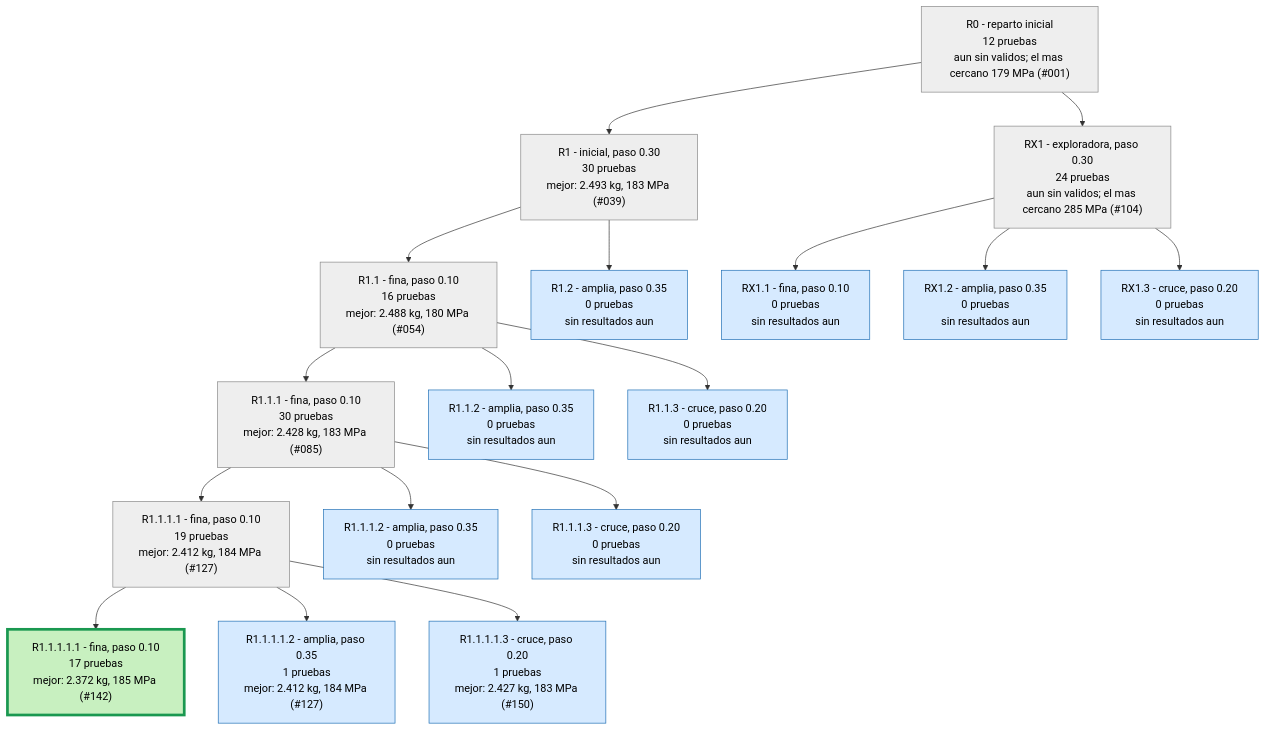
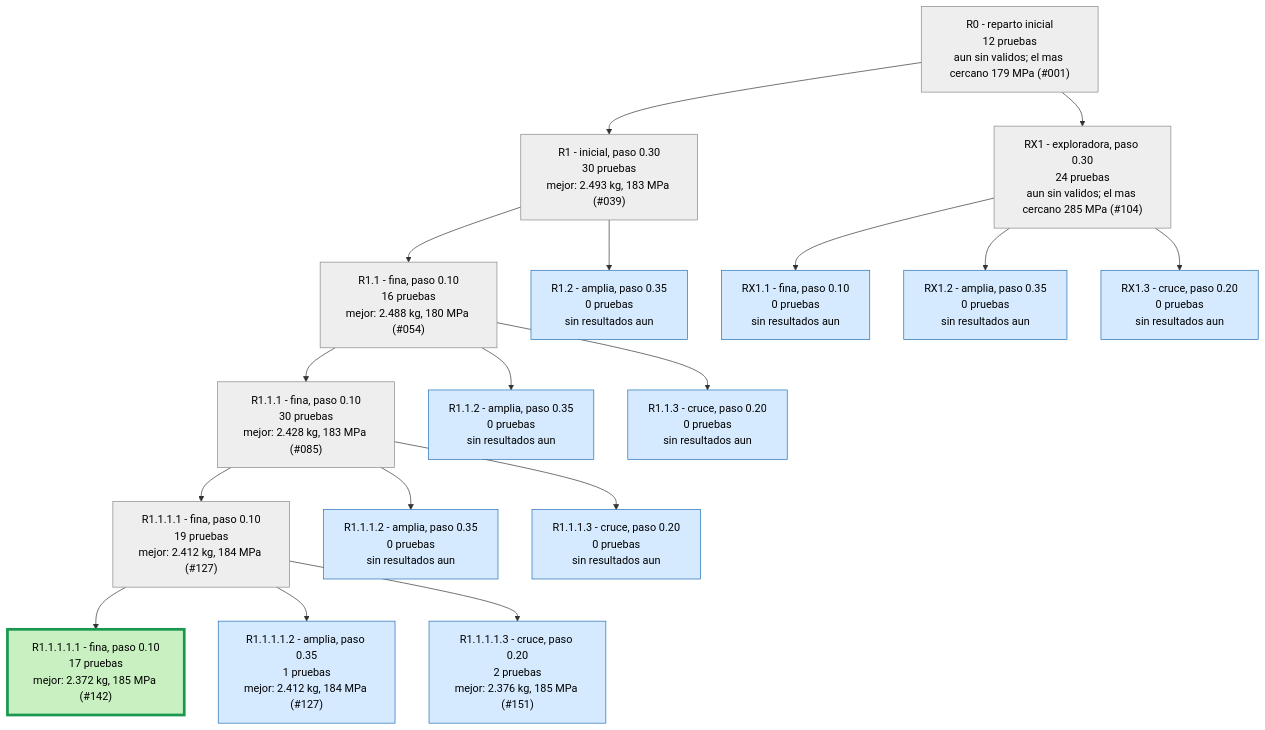
Before and after one commit to Hugiko/msd-soporte-optimizacion: the first of 3 diagrams in runs/opt_37800N/ARBOL.md, drawn with Mermaid. The commit also changed 22 other files, not shown here.

````diff
--- a/runs/opt_37800N/ARBOL.md
+++ b/runs/opt_37800N/ARBOL.md
@@ -9,39 +9,39 @@
 ```mermaid
 graph TD
 classDef activa fill:#d6eaff,stroke:#1f6fb5,color:#000
 classDef fin fill:#eeeeee,stroke:#888,color:#000
 classDef mejor fill:#c8f0c0,stroke:#1a9850,stroke-width:4px,color:#000
 R0["R0 - reparto inicial<br/>12 pruebas<br/>aun sin validos; el mas cercano 179 MPa (#001)"]:::fin
 R1["R1 - inicial, paso 0.30<br/>30 pruebas<br/>mejor: 2.493 kg, 183 MPa (#039)"]:::fin
 R0 --> R1
 R1_1["R1.1 - fina, paso 0.10<br/>16 pruebas<br/>mejor: 2.488 kg, 180 MPa (#054)"]:::fin
 R1 --> R1_1
 R1_2["R1.2 - amplia, paso 0.35<br/>0 pruebas<br/>sin resultados aun"]:::activa
 R1 --> R1_2
 R1_1_1["R1.1.1 - fina, paso 0.10<br/>30 pruebas<br/>mejor: 2.428 kg, 183 MPa (#085)"]:::fin
 R1_1 --> R1_1_1
 R1_1_2["R1.1.2 - amplia, paso 0.35<br/>0 pruebas<br/>sin resultados aun"]:::activa
 R1_1 --> R1_1_2
 R1_1_3["R1.1.3 - cruce, paso 0.20<br/>0 pruebas<br/>sin resultados aun"]:::activa
 R1_1 --> R1_1_3
 R1_1_1_1["R1.1.1.1 - fina, paso 0.10<br/>19 pruebas<br/>mejor: 2.412 kg, 184 MPa (#127)"]:::fin
 R1_1_1 --> R1_1_1_1
 R1_1_1_2["R1.1.1.2 - amplia, paso 0.35<br/>0 pruebas<br/>sin resultados aun"]:::activa
 R1_1_1 --> R1_1_1_2
 R1_1_1_3["R1.1.1.3 - cruce, paso 0.20<br/>0 pruebas<br/>sin resultados aun"]:::activa
 R1_1_1 --> R1_1_1_3
 RX1["RX1 - exploradora, paso 0.30<br/>24 pruebas<br/>aun sin validos; el mas cercano 285 MPa (#104)"]:::fin
 R0 --> RX1
 RX1_1["RX1.1 - fina, paso 0.10<br/>0 pruebas<br/>sin resultados aun"]:::activa
 RX1 --> RX1_1
 RX1_2["RX1.2 - amplia, paso 0.35<br/>0 pruebas<br/>sin resultados aun"]:::activa
 RX1 --> RX1_2
 RX1_3["RX1.3 - cruce, paso 0.20<br/>0 pruebas<br/>sin resultados aun"]:::activa
 RX1 --> RX1_3
 R1_1_1_1_1["R1.1.1.1.1 - fina, paso 0.10<br/>17 pruebas<br/>mejor: 2.372 kg, 185 MPa (#142)"]:::mejor
 R1_1_1_1 --> R1_1_1_1_1
 R1_1_1_1_2["R1.1.1.1.2 - amplia, paso 0.35<br/>1 pruebas<br/>mejor: 2.412 kg, 184 MPa (#127)"]:::activa
 R1_1_1_1 --> R1_1_1_1_2
-R1_1_1_1_3["R1.1.1.1.3 - cruce, paso 0.20<br/>1 pruebas<br/>mejor: 2.427 kg, 183 MPa (#150)"]:::activa
+R1_1_1_1_3["R1.1.1.1.3 - cruce, paso 0.20<br/>2 pruebas<br/>mejor: 2.376 kg, 185 MPa (#151)"]:::activa
 R1_1_1_1 --> R1_1_1_1_3
 ```
````
